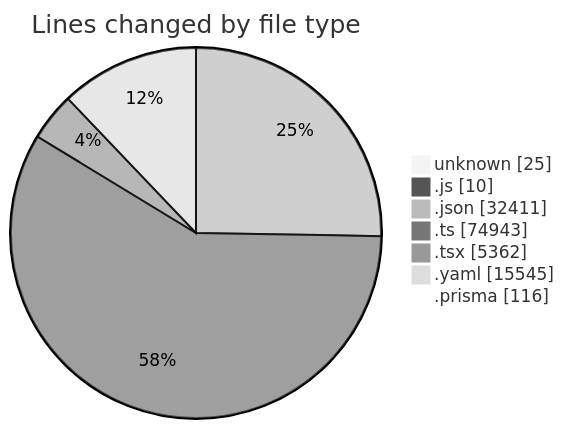
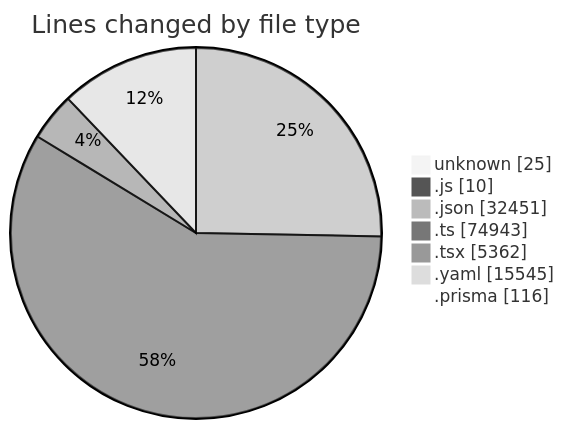
The first of 2 diagrams in 2025-05-02/ecodeli/README.md (CELIANVF/code-tracking), drawn with Mermaid (neutral theme) before and after one commit. The commit also changed other lines of this file and 1 other file, not shown here.

````diff
--- a/2025-05-02/ecodeli/README.md
+++ b/2025-05-02/ecodeli/README.md
@@ -80,11 +80,11 @@
 ```mermaid
 pie showData
 title Lines changed by file type
 "unknown" : 25
 ".js" : 10
-".json" : 32411
+".json" : 32451
 ".ts" : 74943
 ".tsx" : 5362
 ".yaml" : 15545
 ".prisma" : 116
 ```
````
